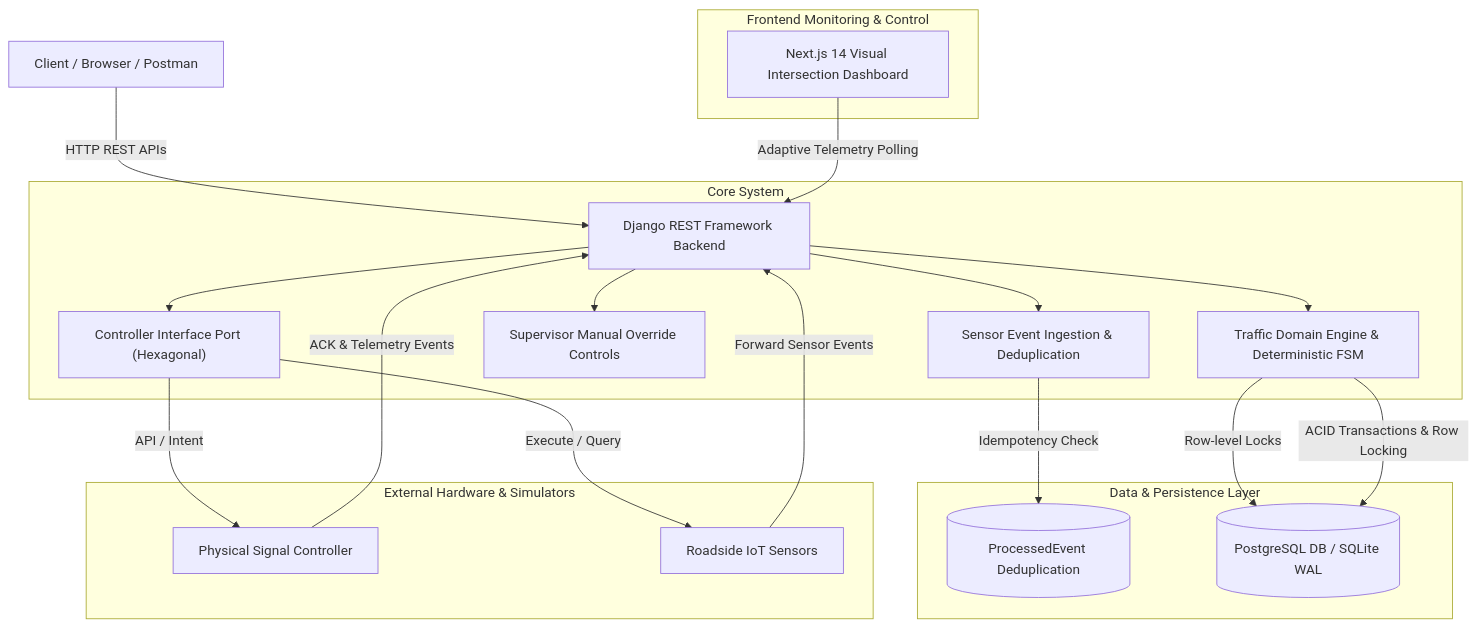
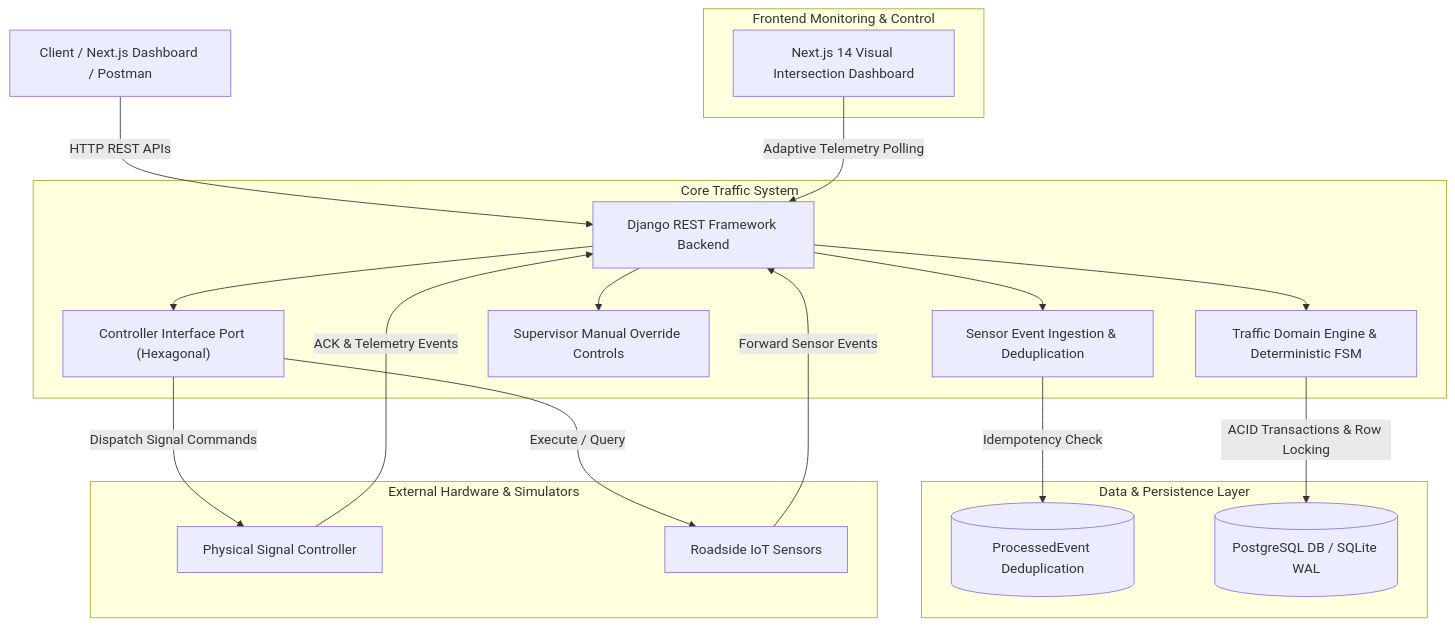
One commit to ArkaKarmoker/factory-traffic-management-system changed the first of 3 diagrams in README.md. Above: the diagram before and after it, drawn with Mermaid. The commit also changed other lines of this file, not shown here.

First line of the commit message:
Revamp README: detailed architecture & docs

````diff
--- a/README.md
+++ b/README.md
@@ -19,40 +194,39 @@
 ```mermaid
 flowchart TD
-    Client["Client / Browser / Postman"]
+    Client["Client / Next.js Dashboard / Postman"]
 
     Client -->|HTTP REST APIs| Backend
 
-    subgraph CoreSystem["Core System"]
+    subgraph CoreSystem["Core Traffic System"]
         Backend["Django REST Framework Backend"]
 
         Backend --> SensorModule["Sensor Event Ingestion & Deduplication"]
         Backend --> TrafficEngine["Traffic Domain Engine & Deterministic FSM"]
         Backend --> ManualControl["Supervisor Manual Override Controls"]
         Backend --> ControllerPort["Controller Interface Port (Hexagonal)"]
     end
 
     SensorModule -->|Idempotency Check| EventsDB
-    TrafficEngine -->|Row-level Locks| MainDB
     TrafficEngine -->|ACID Transactions & Row Locking| MainDB
-    ControllerPort -->|API / Intent| PhysController
+    ControllerPort -->|Dispatch Signal Commands| PhysController
     ControllerPort -->|Execute / Query| RoadsideSensors
 
     subgraph DataLayer["Data & Persistence Layer"]
         EventsDB[("ProcessedEvent Deduplication")]
         MainDB[("PostgreSQL DB / SQLite WAL")]
     end
 
     subgraph HardwareLayer["External Hardware & Simulators"]
         RoadsideSensors["Roadside IoT Sensors"]
         PhysController["Physical Signal Controller"]
     end
 
     RoadsideSensors -->|Forward Sensor Events| Backend
     PhysController -->|ACK & Telemetry Events| Backend
 
     subgraph FrontendApp["Frontend Monitoring & Control"]
         NextUI["Next.js 14 Visual Intersection Dashboard"]
     end
 
     NextUI -->|Adaptive Telemetry Polling| Backend
 ```
````
